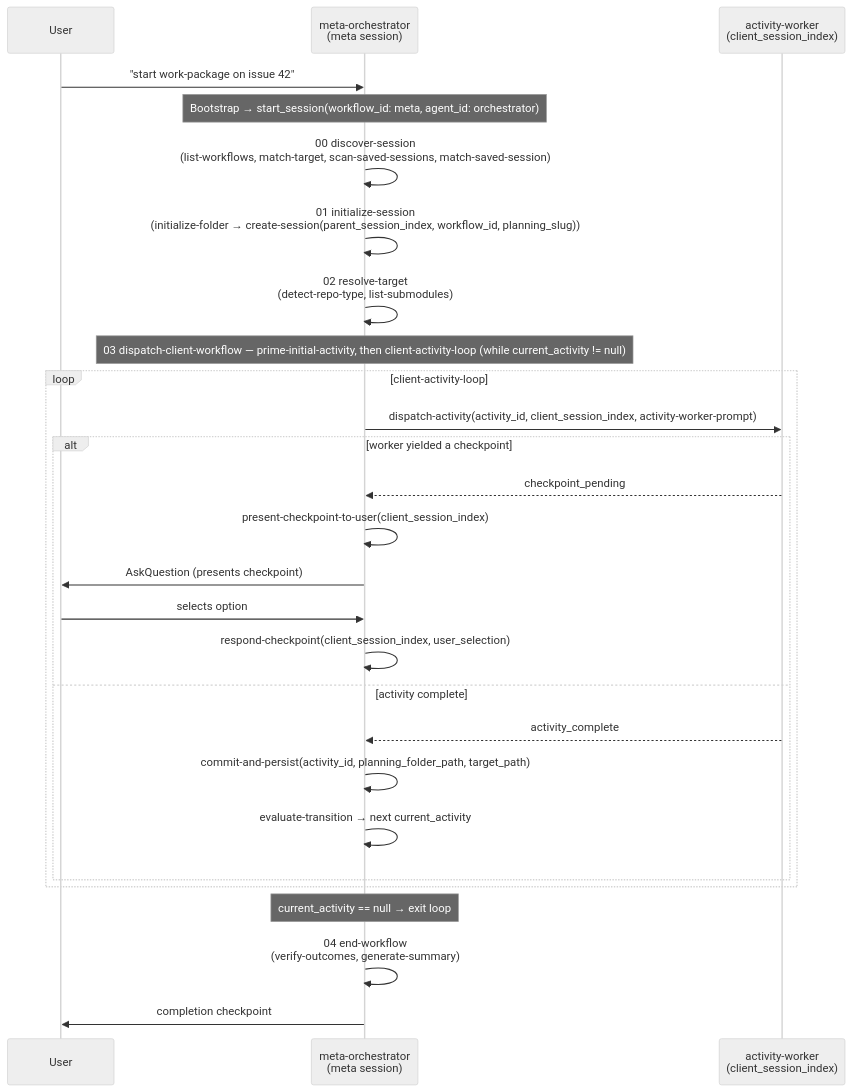
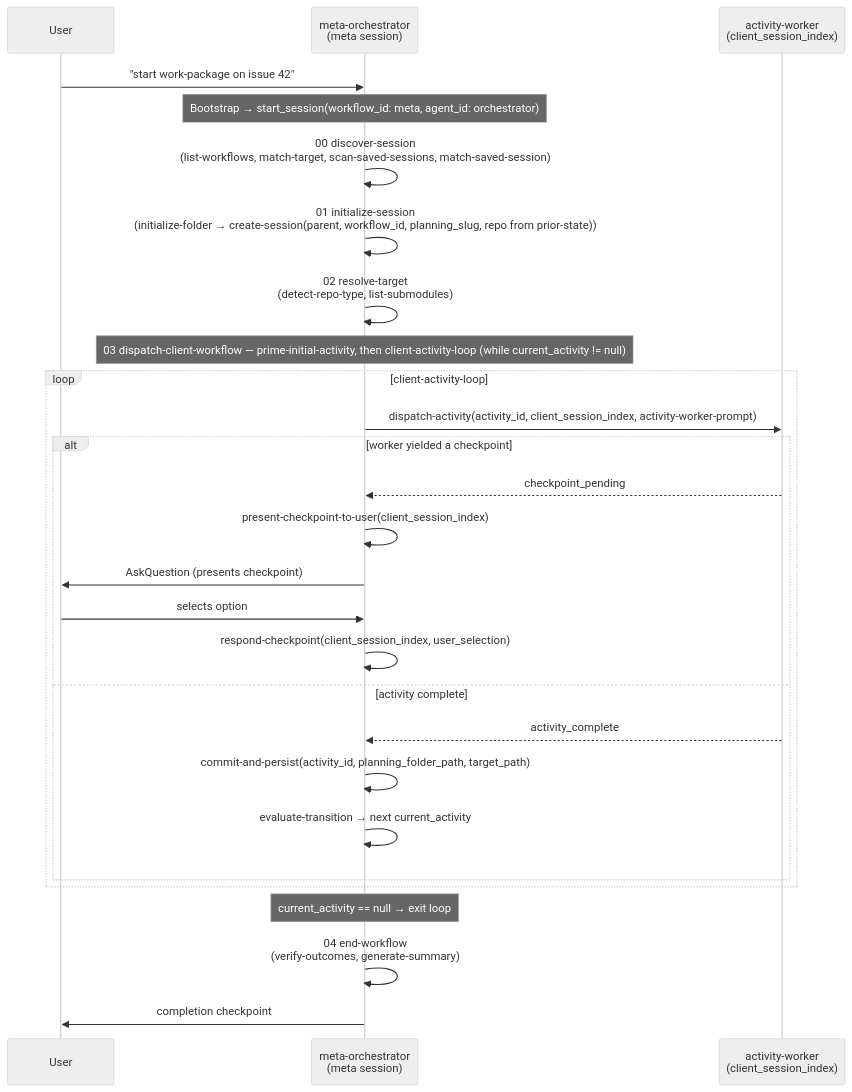
One commit to m2ux/workflow-server changed the second of 2 diagrams in meta/README.md. Above: the diagram before and after it, drawn with Mermaid (neutral theme). The commit also changed 7 other files, not shown here.

First line of the commit message:
fix(meta): put target_repo in activity-worker prior-state

````diff
--- a/meta/README.md
+++ b/meta/README.md
@@ -53,32 +53,32 @@
 ```mermaid
 sequenceDiagram
     participant User
     participant Meta as meta-orchestrator<br/>(meta session)
     participant Worker as activity-worker<br/>(client_session_index)
 
     User->>Meta: "start work-package on issue 42"
     Note over Meta: Bootstrap → start_session(workflow_id: meta, agent_id: orchestrator)
     Meta->>Meta: 00 discover-session<br/>(list-workflows, match-target, scan-saved-sessions, match-saved-session)
-    Meta->>Meta: 01 initialize-session<br/>(initialize-folder → create-session(parent_session_index, workflow_id, planning_slug))
+        Meta->>Meta: 01 initialize-session<br/>(initialize-folder → create-session(parent, workflow_id, planning_slug, repo from prior-state))
     Meta->>Meta: 02 resolve-target<br/>(detect-repo-type, list-submodules)
 
     Note over Meta: 03 dispatch-client-workflow — prime-initial-activity, then client-activity-loop (while current_activity != null)
     loop client-activity-loop
         Meta->>Worker: dispatch-activity(activity_id, client_session_index, activity-worker-prompt)
         alt worker yielded a checkpoint
             Worker-->>Meta: checkpoint_pending
             Meta->>Meta: present-checkpoint-to-user(client_session_index)
             Meta->>User: AskQuestion (presents checkpoint)
             User->>Meta: selects option
             Meta->>Meta: respond-checkpoint(client_session_index, user_selection)
         else activity complete
             Worker-->>Meta: activity_complete
             Meta->>Meta: commit-and-persist(activity_id, planning_folder_path, target_path)
             Meta->>Meta: evaluate-transition → next current_activity
         end
     end
     Note over Meta: current_activity == null → exit loop
 
     Meta->>Meta: 04 end-workflow<br/>(verify-outcomes, generate-summary)
     Meta->>User: completion checkpoint
 ```
````
